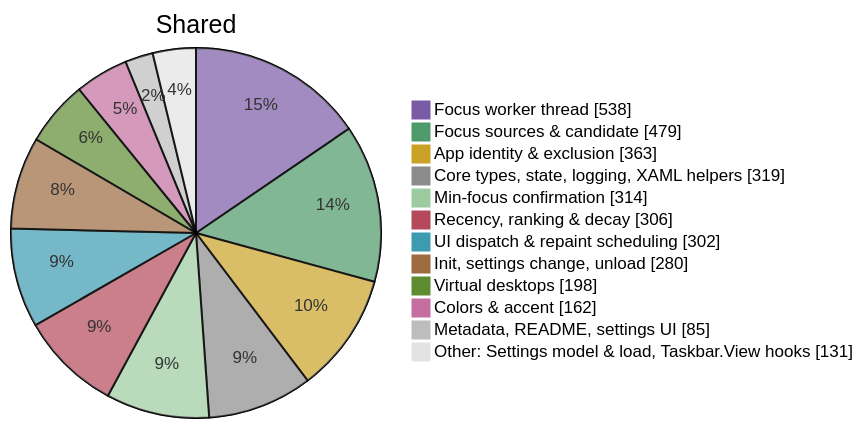
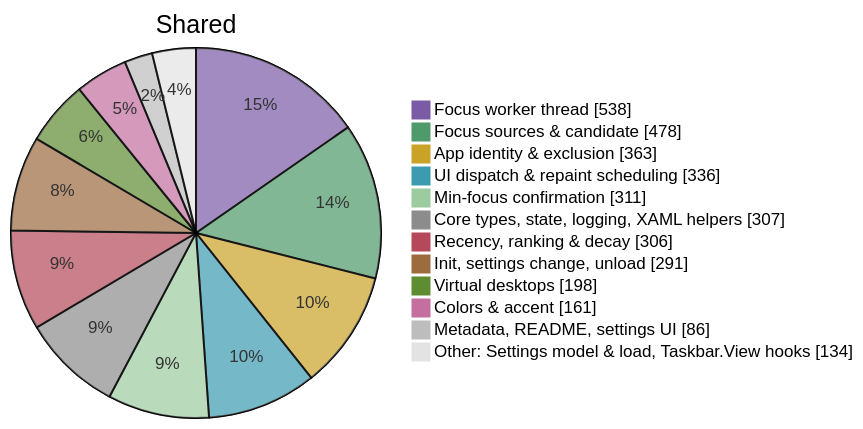
Before and after one commit to jvlasek/taskbar-recent-focus-highlight: the fourth of 5 diagrams in doc/code/code-breakdown.md, drawn with Mermaid. The commit also changed other lines of this file and 12 other files, not shown here.

````diff
--- a/doc/code/code-breakdown.md
+++ b/doc/code/code-breakdown.md
@@ -134,16 +134,16 @@
 ```mermaid
-%%{init: {"themeVariables": {"pie1": "#7A5BA6", "pie2": "#4E9A6A", "pie3": "#C9A227", "pie4": "#8C8C8C", "pie5": "#9CCB9F", "pie6": "#B5495B", "pie7": "#3C9BB0", "pie8": "#9C6B3E", "pie9": "#5E8C31", "pie10": "#C46FA0", "pie11": "#BDBDBD", "pie12": "#E3E3E3", "pieOuterStrokeWidth": "1px"}}}%%
+%%{init: {"themeVariables": {"pie1": "#7A5BA6", "pie2": "#4E9A6A", "pie3": "#C9A227", "pie4": "#3C9BB0", "pie5": "#9CCB9F", "pie6": "#8C8C8C", "pie7": "#B5495B", "pie8": "#9C6B3E", "pie9": "#5E8C31", "pie10": "#C46FA0", "pie11": "#BDBDBD", "pie12": "#E3E3E3", "pieOuterStrokeWidth": "1px"}}}%%
 pie showData title Shared
     "Focus worker thread" : 538
-    "Focus sources & candidate" : 479
+    "Focus sources & candidate" : 478
     "App identity & exclusion" : 363
-    "Core types, state, logging, XAML helpers" : 319
-    "Min-focus confirmation" : 314
+    "UI dispatch & repaint scheduling" : 336
+    "Min-focus confirmation" : 311
+    "Core types, state, logging, XAML helpers" : 307
     "Recency, ranking & decay" : 306
-    "UI dispatch & repaint scheduling" : 302
-    "Init, settings change, unload" : 280
+    "Init, settings change, unload" : 291
     "Virtual desktops" : 198
-    "Colors & accent" : 162
-    "Metadata, README, settings UI" : 85
-    "Other: Settings model & load, Taskbar.View hooks" : 131
+    "Colors & accent" : 161
+    "Metadata, README, settings UI" : 86
+    "Other: Settings model & load, Taskbar.View hooks" : 134
 ```
````
